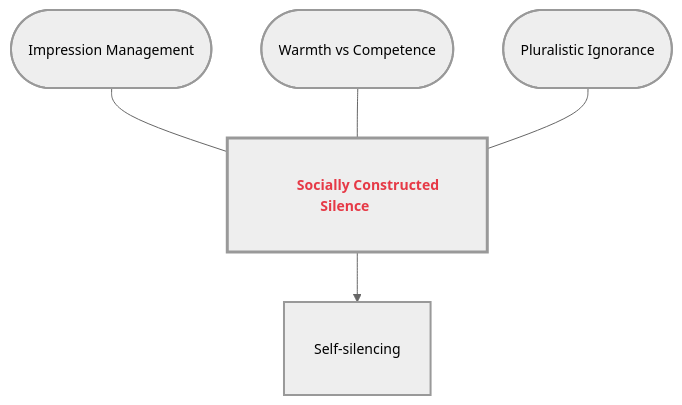
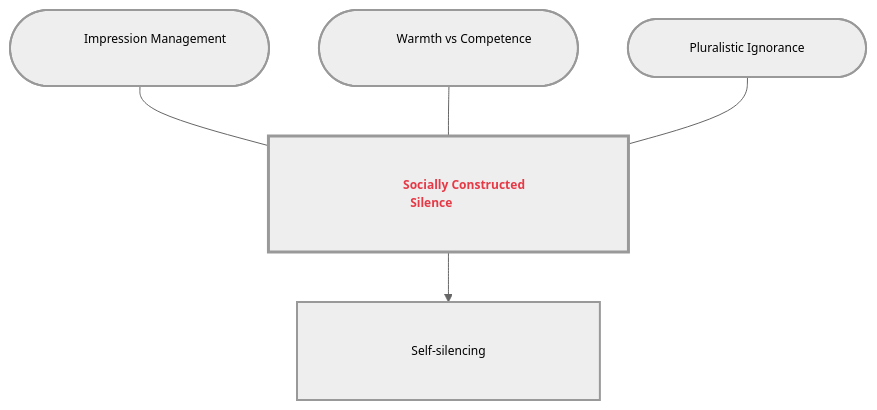
The third of 8 diagrams in Communication_Influence/Mastery_Guide_SOW_BS033.md (GM024/CourseSummaries), drawn with Mermaid before and after one commit. The commit also changed other lines of this file, not shown here.

Commit message:
GitHub-Hardened Overhaul: 10-space horizontal buffers and 40px global padding to fix text clipping

````diff
--- a/Communication_Influence/Mastery_Guide_SOW_BS033.md
+++ b/Communication_Influence/Mastery_Guide_SOW_BS033.md
@@ -111,14 +107,14 @@
 ```mermaid
-%%{init: { 'flowchart': { 'useMaxWidth': false, 'htmlLabels': true }, 'theme': 'neutral', 'themeVariables': { 'fontSize': '14px' }}}%%
+%%{init: { 'flowchart': { 'padding': 40, 'useMaxWidth': false, 'htmlLabels': true }, 'theme': 'neutral', 'themeVariables': { 'fontSize': '12px' }}}%%
 graph TD
-    classDef sandbox padding-left:20px,padding-right:20px,padding-top:10px,padding-bottom:10px,stroke-width:2px;
-    classDef hub padding-left:25px,padding-right:25px,padding-top:15px,padding-bottom:15px,stroke-width:3px,font-weight:bold;
+    classDef sandbox stroke-width:2px;
+    classDef hub stroke-width:3px,font-weight:bold;
 
-    Hub["<span style='color:#e63946'><b>Socially Constructed Silence</b></span>"]:::hub
+    Hub["&nbsp;&nbsp;&nbsp;&nbsp;&nbsp;&nbsp;&nbsp;&nbsp;&nbsp;&nbsp; <span style='color:#e63946'><b>Socially Constructed Silence</b></span> &nbsp;&nbsp;&nbsp;&nbsp;&nbsp;&nbsp;&nbsp;&nbsp;&nbsp;&nbsp;"]:::hub
     
-    S1(["Impression Management"]):::sandbox --- Hub
-    S2(["Warmth vs Competence"]):::sandbox --- Hub
-    S3(["Pluralistic Ignorance"]):::sandbox --- Hub
+    S1(["&nbsp;&nbsp;&nbsp;&nbsp;&nbsp;&nbsp;&nbsp;&nbsp;&nbsp;&nbsp; Impression Management &nbsp;&nbsp;&nbsp;&nbsp;&nbsp;&nbsp;&nbsp;&nbsp;&nbsp;&nbsp;"]):::sandbox --- Hub
+    S2(["&nbsp;&nbsp;&nbsp;&nbsp;&nbsp;&nbsp;&nbsp;&nbsp;&nbsp;&nbsp; Warmth vs Competence &nbsp;&nbsp;&nbsp;&nbsp;&nbsp;&nbsp;&nbsp;&nbsp;&nbsp;&nbsp;"]):::sandbox --- Hub
+    S3(["&nbsp;&nbsp;&nbsp;&nbsp;&nbsp;&nbsp;&nbsp;&nbsp;&nbsp;&nbsp; Pluralistic Ignorance &nbsp;&nbsp;&nbsp;&nbsp;&nbsp;&nbsp;&nbsp;&nbsp;&nbsp;&nbsp;"]):::sandbox --- Hub
     
-    Hub --> B1["Self-silencing"]:::sandbox
+    Hub --> B1["&nbsp;&nbsp;&nbsp;&nbsp;&nbsp;&nbsp;&nbsp;&nbsp;&nbsp;&nbsp; Self-silencing &nbsp;&nbsp;&nbsp;&nbsp;&nbsp;&nbsp;&nbsp;&nbsp;&nbsp;&nbsp;"]:::sandbox
 ```
````
